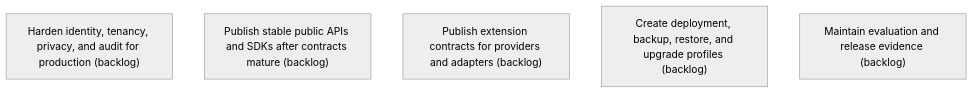
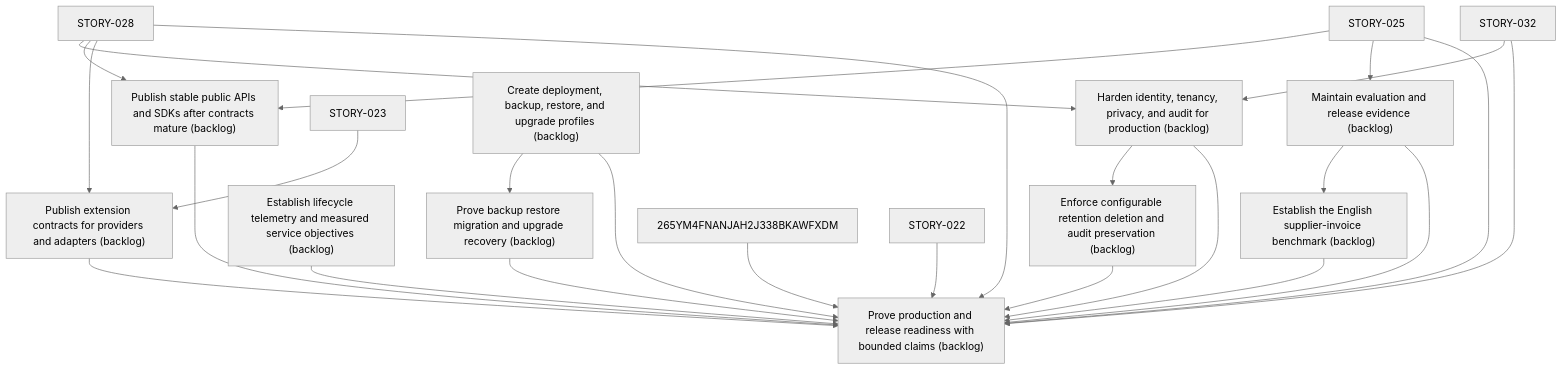
One commit to asadayoub/Evidentia changed the diagram in .skyhook/plan/epics/89QP3HS2PDE09EJ9X86P5QRFWM.md. Above: the diagram before and after it, drawn with Mermaid (neutral theme). The commit also changed other lines of this file and 50 other files, not shown here.

Commit message:
chore(skyhook): establish full product story roadmap

````diff
--- a/.skyhook/plan/epics/89QP3HS2PDE09EJ9X86P5QRFWM.md
+++ b/.skyhook/plan/epics/89QP3HS2PDE09EJ9X86P5QRFWM.md
@@ -24,8 +29,37 @@
 ```mermaid
 flowchart TD
     M7ZMYQSYB6G0W2T5M7TYCCZNHH["Harden identity, tenancy, privacy, and audit for production (backlog)"]
+    STORY-028 --> M7ZMYQSYB6G0W2T5M7TYCCZNHH
+    STORY-032 --> M7ZMYQSYB6G0W2T5M7TYCCZNHH
     5KENKXMX9EZDJ75R0JHJQ2KSSJ["Publish stable public APIs and SDKs after contracts mature (backlog)"]
+    STORY-025 --> 5KENKXMX9EZDJ75R0JHJQ2KSSJ
+    STORY-028 --> 5KENKXMX9EZDJ75R0JHJQ2KSSJ
     7D8Q1STZ5VEWBSAR6W87P4DH1W["Publish extension contracts for providers and adapters (backlog)"]
+    STORY-023 --> 7D8Q1STZ5VEWBSAR6W87P4DH1W
+    STORY-028 --> 7D8Q1STZ5VEWBSAR6W87P4DH1W
     ECMWWJT024W5QXBQ5G6C1YMHQQ["Create deployment, backup, restore, and upgrade profiles (backlog)"]
     4QGB75ND0XME0JVSYJN9K3PMTW["Maintain evaluation and release evidence (backlog)"]
+    STORY-025 --> 4QGB75ND0XME0JVSYJN9K3PMTW
+    STORY-033["Enforce configurable retention deletion and audit preservation (backlog)"]
+    M7ZMYQSYB6G0W2T5M7TYCCZNHH --> STORY-033
+    STORY-034["Establish lifecycle telemetry and measured service objectives (backlog)"]
+    STORY-035["Establish the English supplier-invoice benchmark (backlog)"]
+    4QGB75ND0XME0JVSYJN9K3PMTW --> STORY-035
+    STORY-036["Prove backup restore migration and upgrade recovery (backlog)"]
+    ECMWWJT024W5QXBQ5G6C1YMHQQ --> STORY-036
+    STORY-037["Prove production and release readiness with bounded claims (backlog)"]
+    M7ZMYQSYB6G0W2T5M7TYCCZNHH --> STORY-037
+    5KENKXMX9EZDJ75R0JHJQ2KSSJ --> STORY-037
+    7D8Q1STZ5VEWBSAR6W87P4DH1W --> STORY-037
+    ECMWWJT024W5QXBQ5G6C1YMHQQ --> STORY-037
+    4QGB75ND0XME0JVSYJN9K3PMTW --> STORY-037
+    STORY-033 --> STORY-037
+    STORY-034 --> STORY-037
+    STORY-035 --> STORY-037
+    STORY-036 --> STORY-037
+    265YM4FNANJAH2J338BKAWFXDM --> STORY-037
+    STORY-022 --> STORY-037
+    STORY-025 --> STORY-037
+    STORY-028 --> STORY-037
+    STORY-032 --> STORY-037
 ```
````
